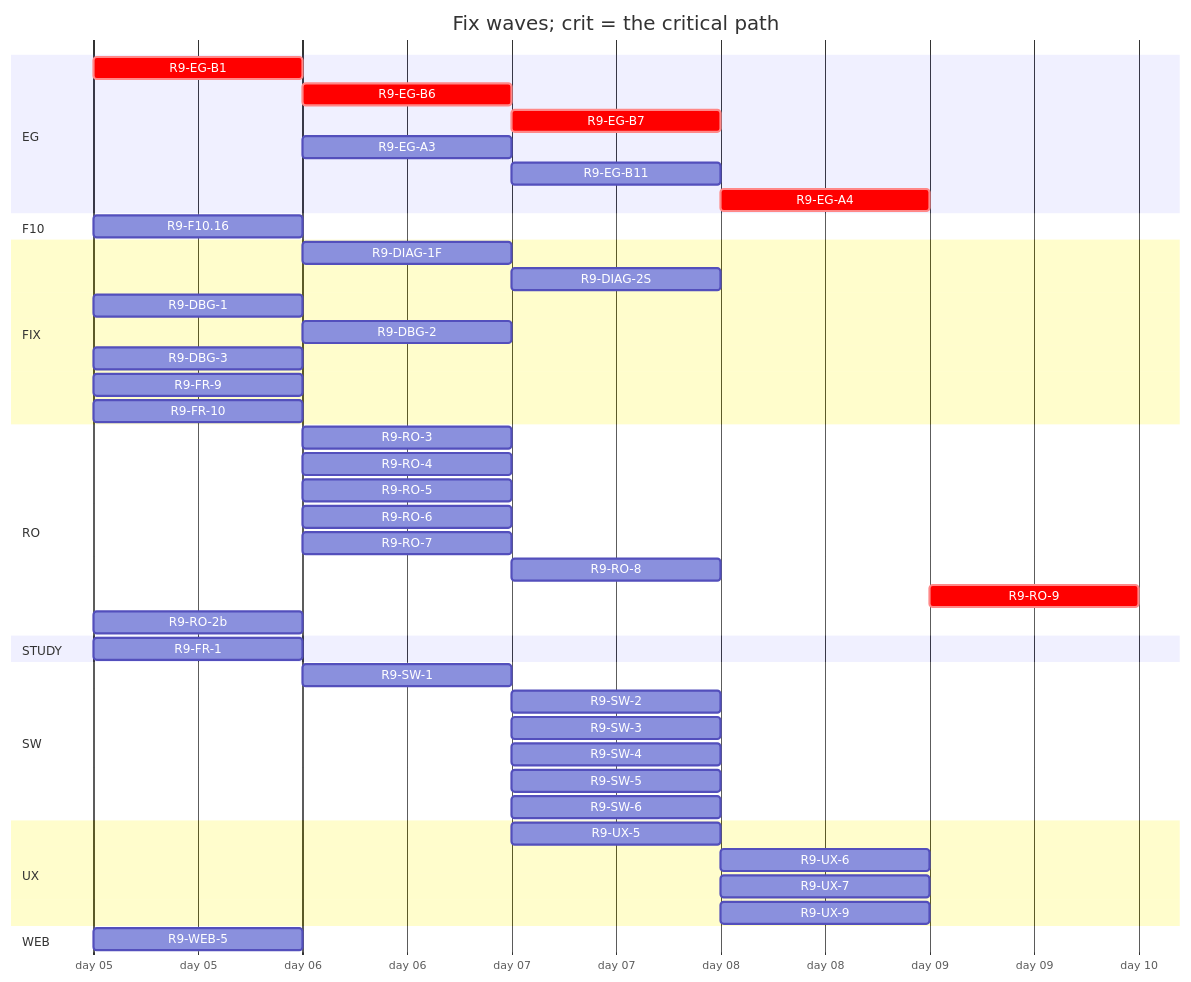
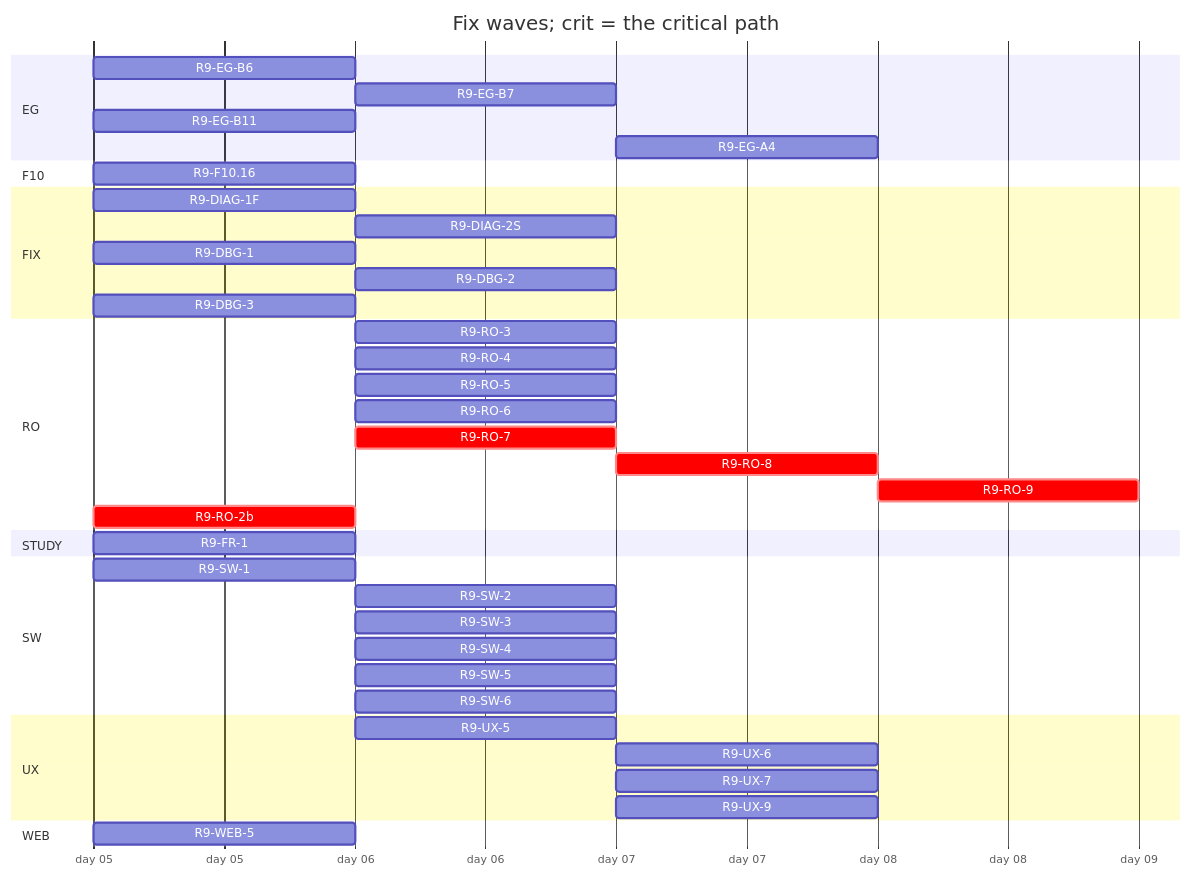
One commit to tvofi/heatpump_optimizer changed the diagram in handoff/round9/state/PLAN-TABLE.md. Above: the diagram before and after it, drawn with Mermaid. The commit also changed other lines of this file and 2 other files, not shown here.

Commit message:
state: PLAN-TABLE, RESUME-CURRENT, NEXT-SESSION-PROMPT regenerated 2026-10-05 (record lane e2e through #1964; FR-10b r2; SW-1 pins; EG-B6 body; DIAG-1F r2)

````diff
--- a/handoff/round9/state/PLAN-TABLE.md
+++ b/handoff/round9/state/PLAN-TABLE.md
@@ -21,48 +21,44 @@
 ```mermaid
 gantt
   title Fix waves; crit = the critical path
   dateFormat YYYY-MM-DD
   axisFormat day %d
   section EG
-    R9-EG-B1 :crit, r9EGB1, 2026-01-05, 1d
-    R9-EG-B6 :crit, r9EGB6, after r9EGB1, 1d
-    R9-EG-B7 :crit, r9EGB7, after r9EGB1 r9EGB6, 1d
-    R9-EG-A3 :r9EGA3, after r9EGB1, 1d
-    R9-EG-B11 :r9EGB11, after r9EGB1 r9EGA3, 1d
-    R9-EG-A4 :crit, r9EGA4, after r9EGB7 r9EGA3 r9EGB11, 1d
+    R9-EG-B6 :r9EGB6, 2026-01-05, 1d
+    R9-EG-B7 :r9EGB7, after r9EGB6, 1d
+    R9-EG-B11 :r9EGB11, 2026-01-05, 1d
+    R9-EG-A4 :r9EGA4, after r9EGB7 r9EGB11, 1d
   section F10
     R9-F10.16 :r9F1016, 2026-01-05, 1d
   section FIX
-    R9-DIAG-1F :r9DIAG1F, after r9EGB1, 1d
+    R9-DIAG-1F :r9DIAG1F, 2026-01-05, 1d
     R9-DIAG-2S :r9DIAG2S, after r9DIAG1F, 1d
     R9-DBG-1 :r9DBG1, 2026-01-05, 1d
     R9-DBG-2 :r9DBG2, after r9DBG1, 1d
     R9-DBG-3 :r9DBG3, 2026-01-05, 1d
-    R9-FR-9 :r9FR9, 2026-01-05, 1d
-    R9-FR-10 :r9FR10, 2026-01-05, 1d
   section RO
     R9-RO-3 :r9RO3, after r9RO2b, 1d
     R9-RO-4 :r9RO4, after r9RO2b, 1d
     R9-RO-5 :r9RO5, after r9RO2b, 1d
     R9-RO-6 :r9RO6, after r9RO2b, 1d
-    R9-RO-7 :r9RO7, after r9RO2b, 1d
-    R9-RO-8 :r9RO8, after r9RO2b r9RO7, 1d
+    R9-RO-7 :crit, r9RO7, after r9RO2b, 1d
+    R9-RO-8 :crit, r9RO8, after r9RO2b r9RO7, 1d
     R9-RO-9 :crit, r9RO9, after r9RO3 r9RO4 r9RO5 r9RO6 r9RO8 r9EGA4 r9SW4 r9UX5 r9UX6 r9UX7, 1d
-    R9-RO-2b :r9RO2b, 2026-01-05, 1d
+    R9-RO-2b :crit, r9RO2b, 2026-01-05, 1d
   section STUDY
     R9-FR-1 :r9FR1, 2026-01-05, 1d
   section SW
-    R9-SW-1 :r9SW1, after r9EGB1, 1d
+    R9-SW-1 :r9SW1, 2026-01-05, 1d
     R9-SW-2 :r9SW2, after r9SW1 r9EGB6, 1d
     R9-SW-3 :r9SW3, after r9SW1, 1d
     R9-SW-4 :r9SW4, after r9SW1, 1d
     R9-SW-5 :r9SW5, after r9EGB6, 1d
-    R9-SW-6 :r9SW6, after r9EGB1 r9SW1, 1d
+    R9-SW-6 :r9SW6, after r9SW1, 1d
   section UX
-    R9-UX-5 :r9UX5, after r9EGB6 r9SW1 r9EGB1, 1d
+    R9-UX-5 :r9UX5, after r9EGB6 r9SW1, 1d
     R9-UX-6 :r9UX6, after r9EGB7 r9EGB11 r9UX5, 1d
     R9-UX-7 :r9UX7, after r9EGB6 r9EGB11 r9UX5, 1d
     R9-UX-9 :r9UX9, after r9SW6, 1d
   section WEB
     R9-WEB-5 :r9WEB5, 2026-01-05, 1d
 ```
````
